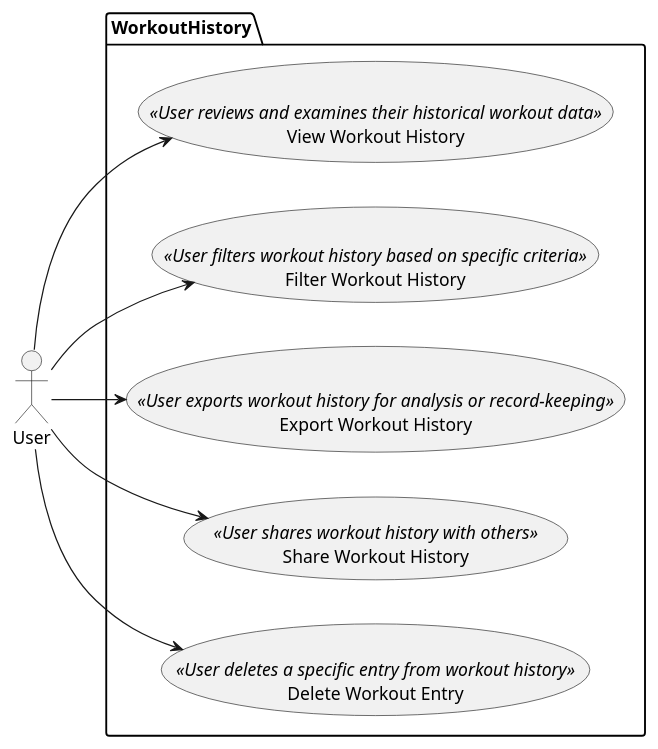
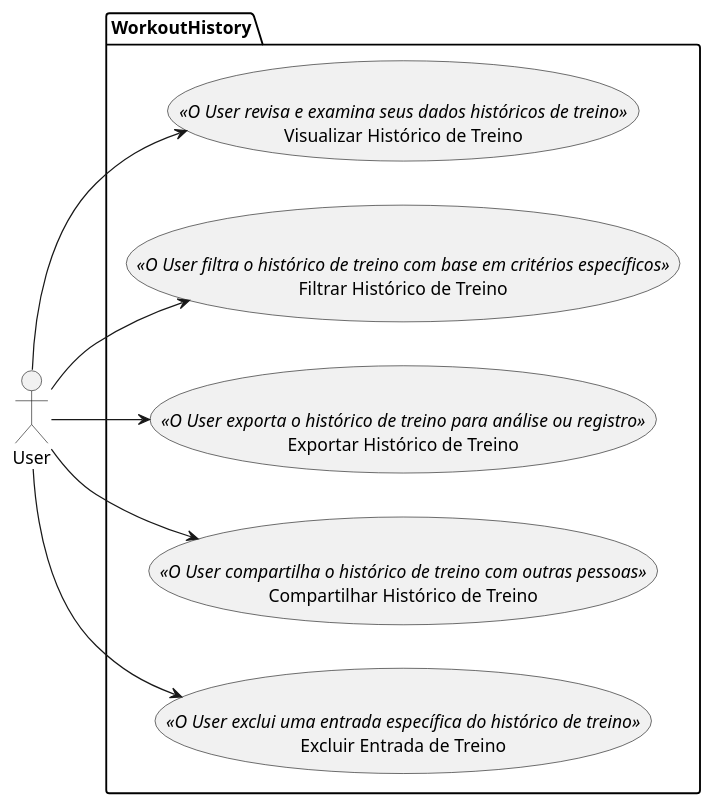
Before and after one commit to LucasReisV1337/api-gym: the diagram in uml/WorkoutHistory/usecases/index.wsd, drawn with PlantUML. The commit also changed 10 other files, not shown here.

```diff
--- a/uml/WorkoutHistory/usecases/index.wsd
+++ b/uml/WorkoutHistory/usecases/index.wsd
@@ -1,25 +1,25 @@
 @startuml
 left to right direction
 
 actor User as u
 
 package "WorkoutHistory" {
-  usecase "View Workout History" as UC1 <<User reviews and examines their historical workout data>>
+  usecase "Visualizar Histórico de Treino" as UC1 <<O User revisa e examina seus dados históricos de treino>>
 
-  usecase "Filter Workout History" as UC2 <<User filters workout history based on specific criteria>>
+  usecase "Filtrar Histórico de Treino" as UC2 <<O User filtra o histórico de treino com base em critérios específicos>>
 
-  usecase "Export Workout History" as UC3 <<User exports workout history for analysis or record-keeping>>
+  usecase "Exportar Histórico de Treino" as UC3 <<O User exporta o histórico de treino para análise ou registro>>
 
-  usecase "Share Workout History" as UC4 <<User shares workout history with others>>
+  usecase "Compartilhar Histórico de Treino" as UC4 <<O User compartilha o histórico de treino com outras pessoas>>
 
-  usecase "Delete Workout Entry" as UC5 <<User deletes a specific entry from workout history>>
+  usecase "Excluir Entrada de Treino" as UC5 <<O User exclui uma entrada específica do histórico de treino>>
 
 }
 
 u --> UC1
 u --> UC2
 u --> UC3
 u --> UC4
 u --> UC5
 
 @enduml
```
